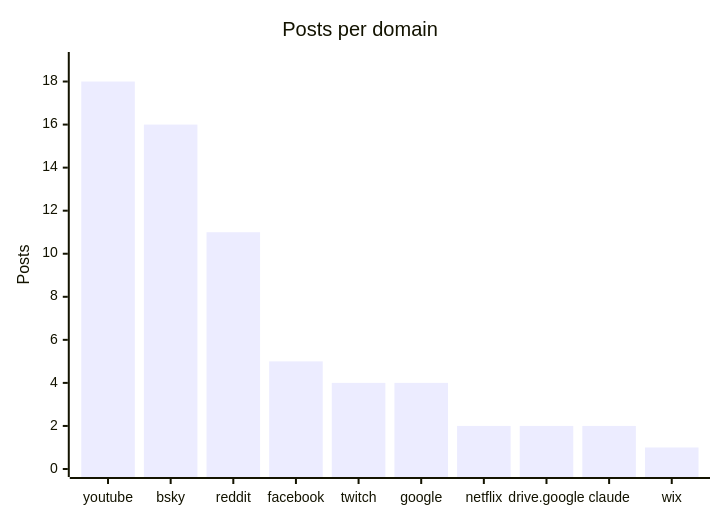
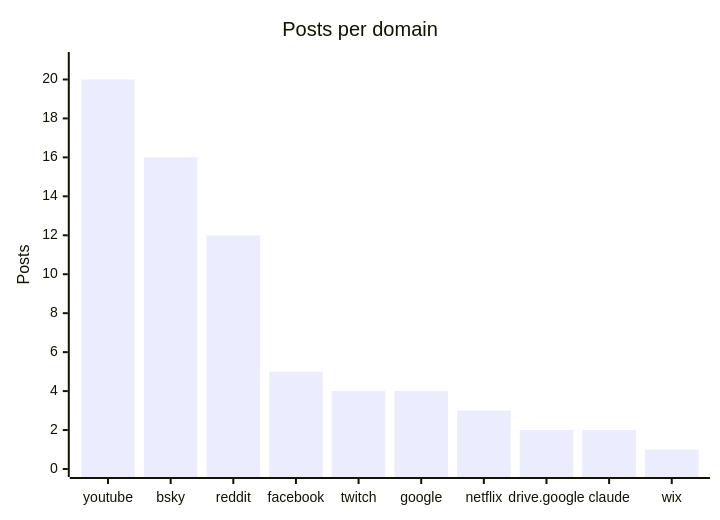
Before and after one commit to martinbalfanz/social-scanner-reports: the fourth of 4 diagrams in README.md, drawn with Mermaid. The commit also changed other lines of this file and 2 other files, not shown here.

````diff
--- a/README.md
+++ b/README.md
@@ -58,7 +58,7 @@
 ```mermaid
 xychart-beta
     title "Posts per domain"
     x-axis ["youtube", "bsky", "reddit", "facebook", "twitch", "google", "netflix", "drive.google", "claude", "wix"]
-    y-axis "Posts" 0 --> 19
-    bar [18, 16, 11, 5, 4, 4, 2, 2, 2, 1]
+    y-axis "Posts" 0 --> 21
+    bar [20, 16, 12, 5, 4, 4, 3, 2, 2, 1]
 ```
````
